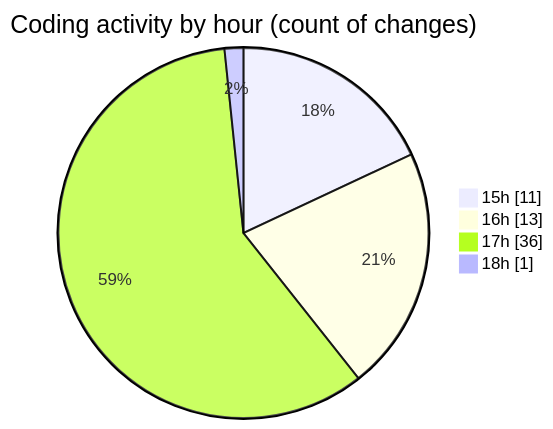
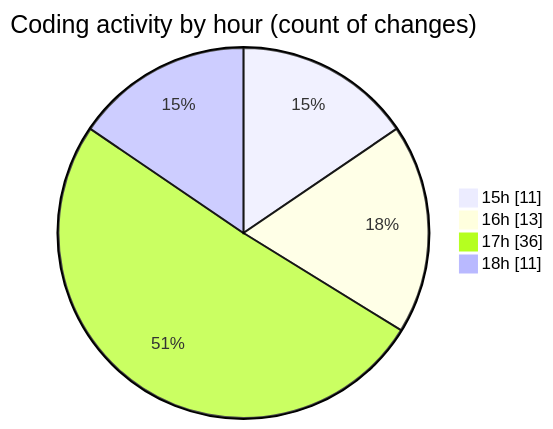
The second of 2 diagrams in 2025-03-08/mbc-web/README.md (robertbonfada/code-tracking), drawn with Mermaid before and after one commit. The commit also changed other lines of this file and 1 other file, not shown here.

````diff
--- a/2025-03-08/mbc-web/README.md
+++ b/2025-03-08/mbc-web/README.md
@@ -38,8 +39,8 @@
 ```mermaid
 pie showData
 title Coding activity by hour (count of changes)
 "15h" : 11
 "16h" : 13
 "17h" : 36
-"18h" : 1
+"18h" : 11
 ```
````
